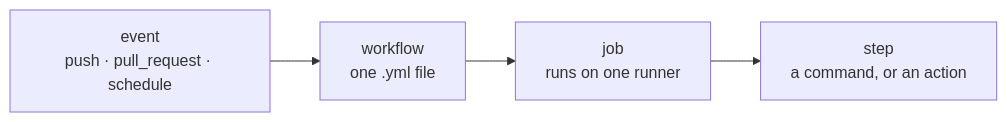
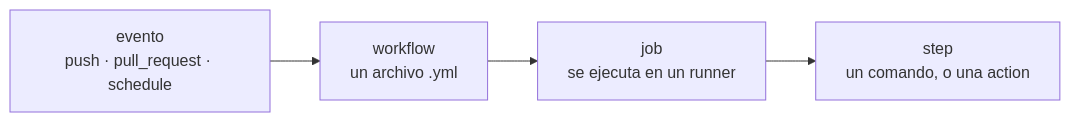
The diagram in docs/guide/github/actions.md (jparisu/nim-arena), drawn with Mermaid before and after one commit. The commit also changed other lines of this file and 159 other files, not shown here.

````diff
--- a/docs/guide/github/actions.md
+++ b/docs/guide/github/actions.md
@@ -14,6 +14,6 @@
 ```mermaid
 flowchart LR
-    E["event<br/>push · pull_request · schedule"] --> W["workflow<br/>one .yml file"]
-    W --> J["job<br/>runs on one runner"]
-    J --> S["step<br/>a command, or an action"]
+    E["evento<br/>push · pull_request · schedule"] --> W["workflow<br/>un archivo .yml"]
+    W --> J["job<br/>se ejecuta en un runner"]
+    J --> S["step<br/>un comando, o una action"]
 ```
````
